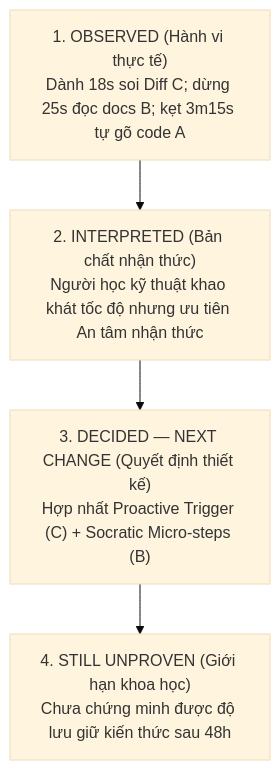
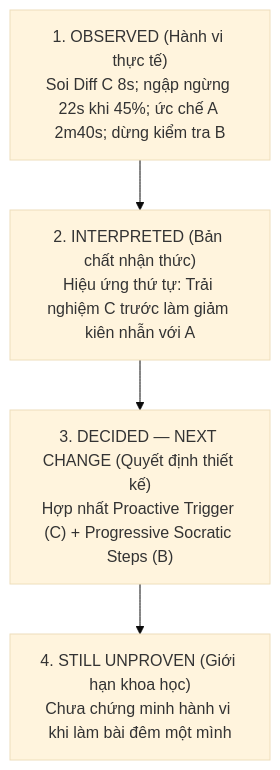
One commit to TaiHoang2501/Track1_Day18_02612_HoangAnhTai changed the diagram in prototype-feedback-note.md. Above: the diagram before and after it, drawn with Mermaid (base theme). The commit also changed other lines of this file and 7 other files, not shown here.

````diff
--- a/prototype-feedback-note.md
+++ b/prototype-feedback-note.md
@@ -146,8 +145,8 @@
 ```mermaid
 flowchart TD
-    O["1. OBSERVED (Hành vi thực tế)<br/>Dành 18s soi Diff C; dừng 25s đọc docs B; kẹt 3m15s tự gõ code A"]
-    I["2. INTERPRETED (Bản chất nhận thức)<br/>Người học kỹ thuật khao khát tốc độ nhưng ưu tiên An tâm nhận thức"]
-    D["3. DECIDED — NEXT CHANGE (Quyết định thiết kế)<br/>Hợp nhất Proactive Trigger (C) + Socratic Micro-steps (B)"]
-    U["4. STILL UNPROVEN (Giới hạn khoa học)<br/>Chưa chứng minh được độ lưu giữ kiến thức sau 48h"]
+    O["1. OBSERVED (Hành vi thực tế)<br/>Soi Diff C 8s; ngập ngừng 22s khi 45%; ức chế A 2m40s; dừng kiểm tra B"]
+    I["2. INTERPRETED (Bản chất nhận thức)<br/>Hiệu ứng thứ tự: Trải nghiệm C trước làm giảm kiên nhẫn với A"]
+    D["3. DECIDED — NEXT CHANGE (Quyết định thiết kế)<br/>Hợp nhất Proactive Trigger (C) + Progressive Socratic Steps (B)"]
+    U["4. STILL UNPROVEN (Giới hạn khoa học)<br/>Chưa chứng minh hành vi khi làm bài đêm một mình"]
     O --> I --> D --> U
 ```
````
